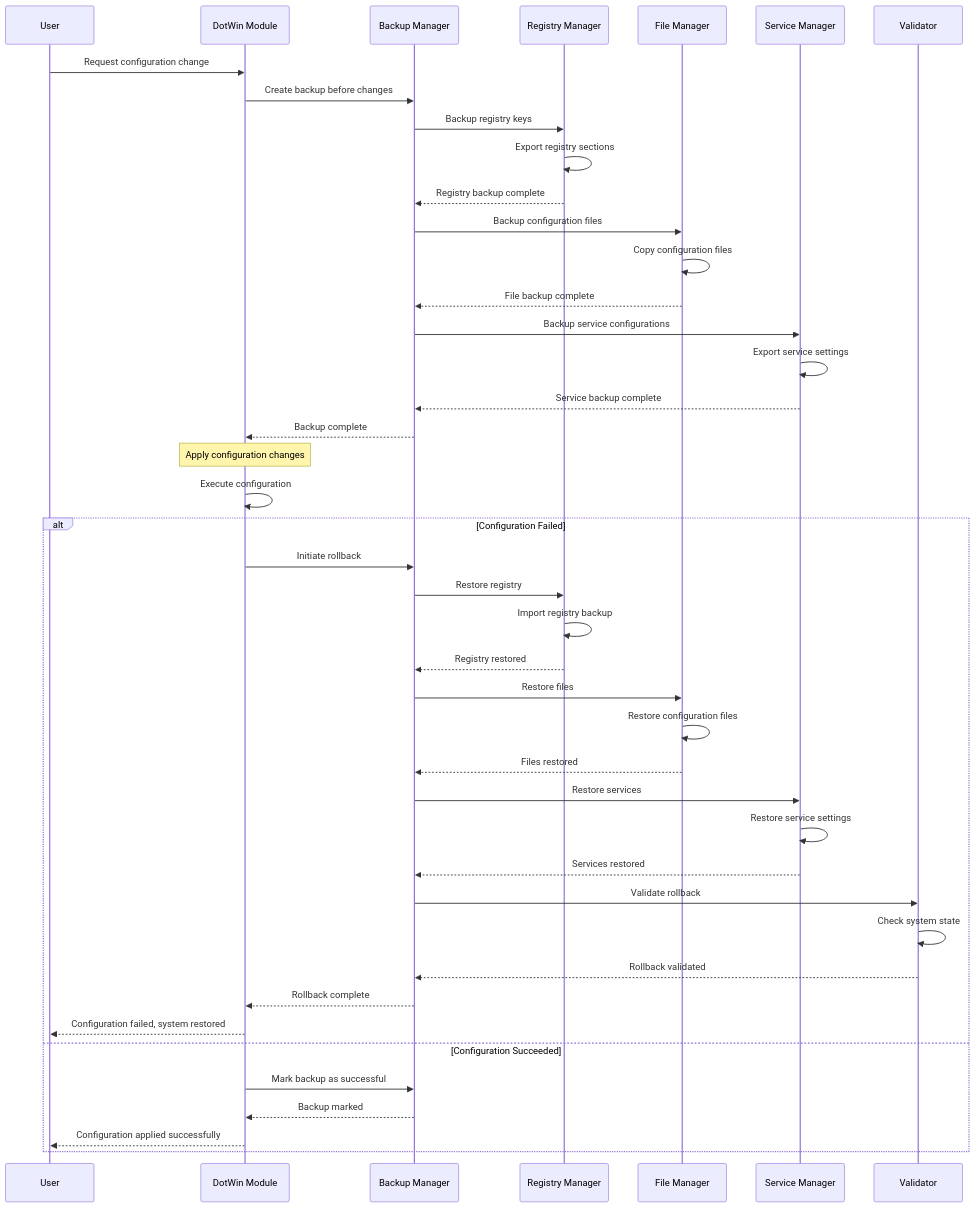
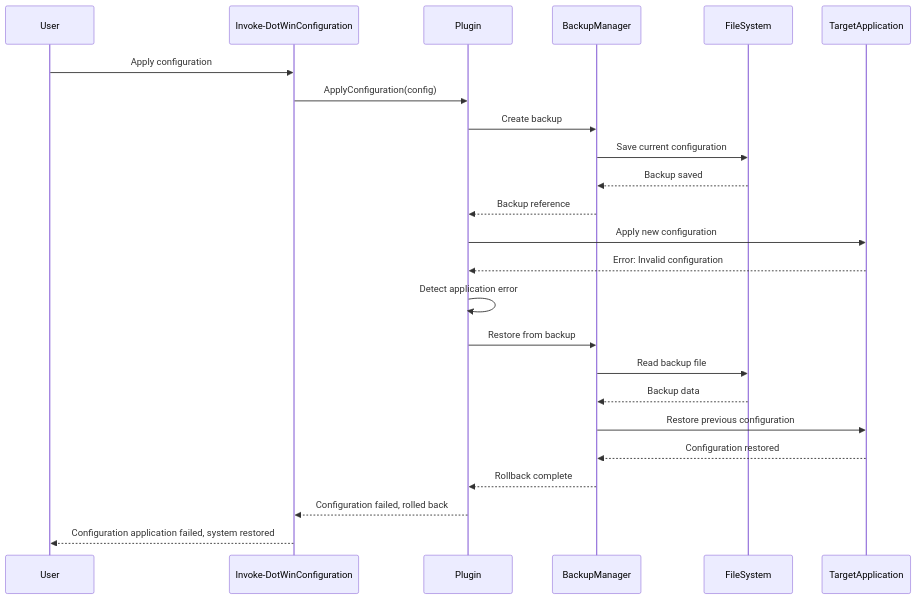
Before and after one commit to albedosehen/dot-win: diagram 11 of 16 in docs/SequenceDiagrams.md, drawn with Mermaid. The commit also changed other lines of this file and 69 other files, not shown here.

Commit message:
Bridge DotWin configuration management and config files

````diff
--- a/docs/SequenceDiagrams.md
+++ b/docs/SequenceDiagrams.md
@@ -360,57 +465,30 @@
 ```mermaid
 sequenceDiagram
     participant User
-    participant DotWin as DotWin Module
-    participant BM as Backup Manager
-    participant RM as Registry Manager
-    participant FM as File Manager
-    participant SM as Service Manager
-    participant Validator as Validator
-    
-    User->>DotWin: Request configuration change
-    DotWin->>BM: Create backup before changes
-    
-    BM->>RM: Backup registry keys
-    RM->>RM: Export registry sections
-    RM-->>BM: Registry backup complete
-    
-    BM->>FM: Backup configuration files
-    FM->>FM: Copy configuration files
-    FM-->>BM: File backup complete
-    
-    BM->>SM: Backup service configurations
-    SM->>SM: Export service settings
-    SM-->>BM: Service backup complete
-    
-    BM-->>DotWin: Backup complete
-    
-    Note over DotWin: Apply configuration changes
-    DotWin->>DotWin: Execute configuration
-    
-    alt Configuration Failed
-        DotWin->>BM: Initiate rollback
-        
-        BM->>RM: Restore registry
-        RM->>RM: Import registry backup
-        RM-->>BM: Registry restored
-        
-        BM->>FM: Restore files
-        FM->>FM: Restore configuration files
-        FM-->>BM: Files restored
-        
-        BM->>SM: Restore services
-        SM->>SM: Restore service settings
-        SM-->>BM: Services restored
-        
-        BM->>Validator: Validate rollback
-        Validator->>Validator: Check system state
-        Validator-->>BM: Rollback validated
-        
-        BM-->>DotWin: Rollback complete
-        DotWin-->>User: Configuration failed, system restored
-    else Configuration Succeeded
-        DotWin->>BM: Mark backup as successful
-        BM-->>DotWin: Backup marked
-        DotWin-->>User: Configuration applied successfully
-    end
+    participant IDC as Invoke-DotWinConfiguration
+    participant Plugin
+    participant Backup as BackupManager
+    participant FS as FileSystem
+    participant App as TargetApplication
+
+    User->>IDC: Apply configuration
+    IDC->>Plugin: ApplyConfiguration(config)
+    Plugin->>Backup: Create backup
+    Backup->>FS: Save current configuration
+    FS-->>Backup: Backup saved
+    Backup-->>Plugin: Backup reference
+
+    Plugin->>App: Apply new configuration
+    App-->>Plugin: Error: Invalid configuration
+
+    Plugin->>Plugin: Detect application error
+    Plugin->>Backup: Restore from backup
+    Backup->>FS: Read backup file
+    FS-->>Backup: Backup data
+    Backup->>App: Restore previous configuration
+    App-->>Backup: Configuration restored
+    Backup-->>Plugin: Rollback complete
+
+    Plugin-->>IDC: Configuration failed, rolled back
+    IDC-->>User: Configuration application failed, system restored
 ```
````
